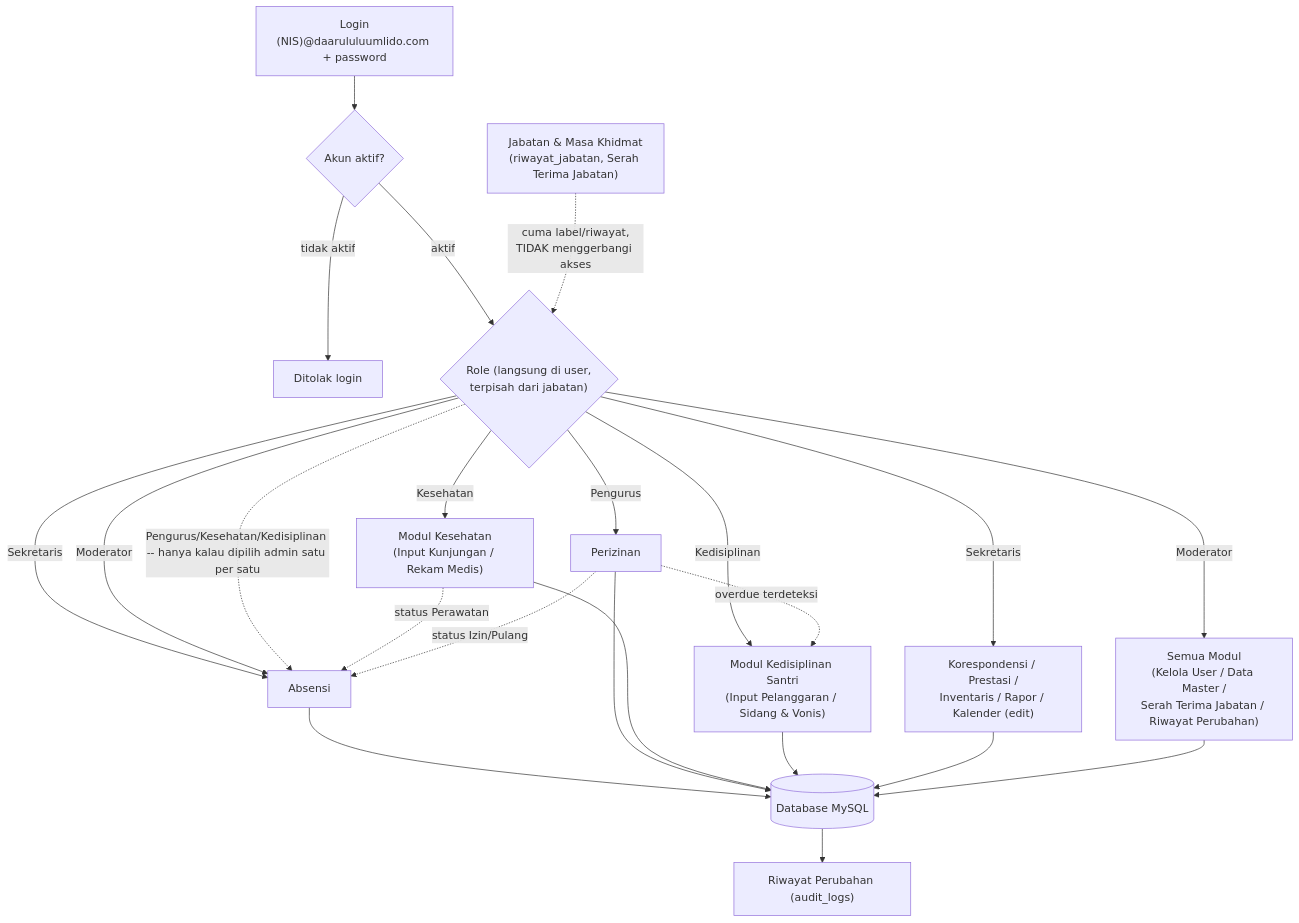
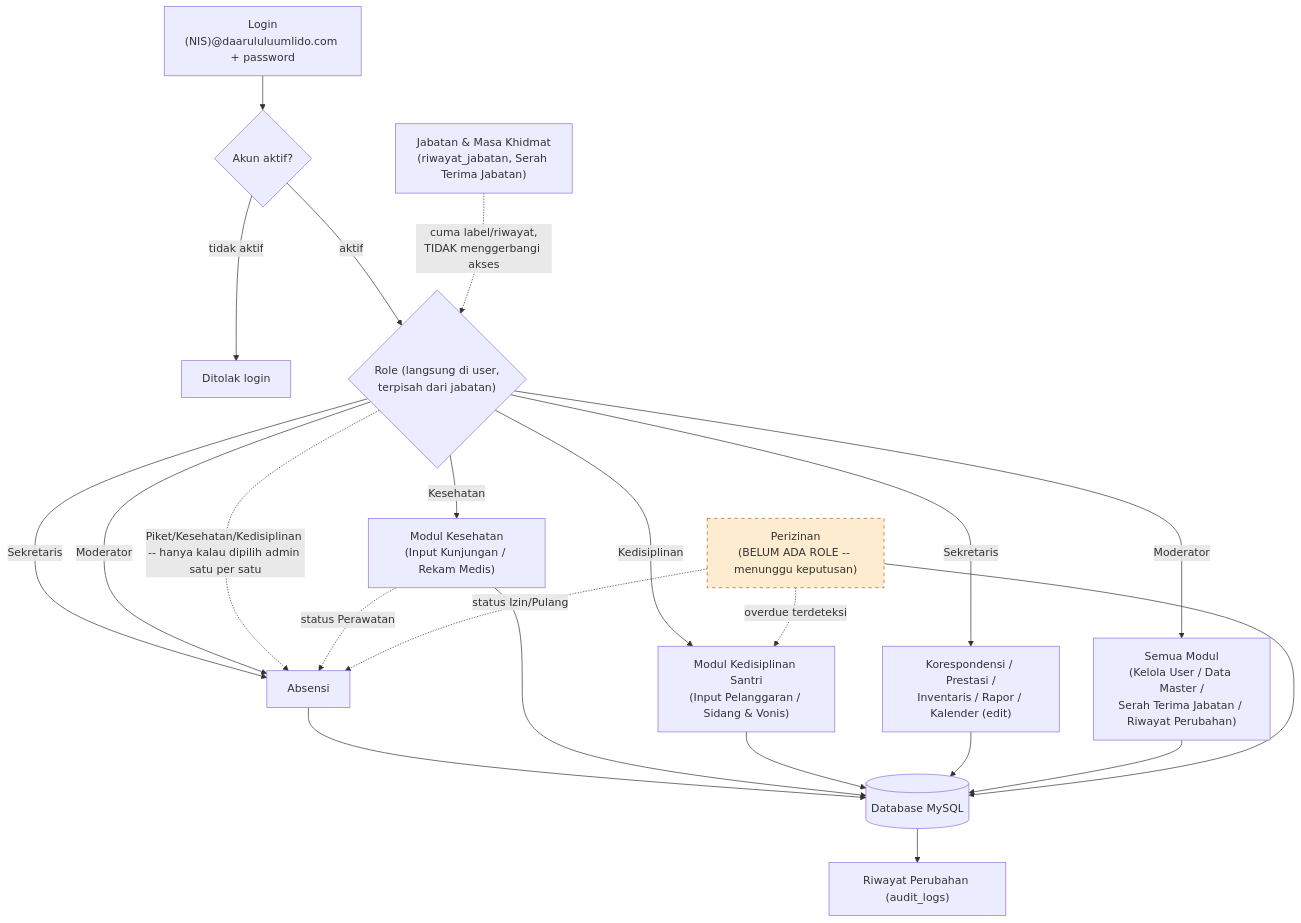
Before and after one commit to SiJao/ProjectJao: the diagram in README.md, drawn with Mermaid. The commit also changed other lines of this file, not shown here.

First line of the commit message:
README: ralat kedua -- Pengurus->Piket, Piket cuma Absensi, Perizinan menggantung

````diff
--- a/README.md
+++ b/README.md
@@ -18,30 +24,33 @@
 ```mermaid
 flowchart TD
     A["Login<br/>(NIS)@daarululuumlido.com + password"] --> B{"Akun aktif?"}
     B -- "tidak aktif" --> Z["Ditolak login"]
     B -- "aktif" --> C{"Role (langsung di user,<br/>terpisah dari jabatan)"}
 
-    C -- Pengurus --> D2["Perizinan"]
     C -- Kesehatan --> D3["Modul Kesehatan<br/>(Input Kunjungan / Rekam Medis)"]
     C -- Kedisiplinan --> D5["Modul Kedisiplinan Santri<br/>(Input Pelanggaran / Sidang & Vonis)"]
     C -- Sekretaris --> D7["Korespondensi / Prestasi /<br/>Inventaris / Rapor / Kalender (edit)"]
     C -- Moderator --> D8["Semua Modul<br/>(Kelola User / Data Master /<br/>Serah Terima Jabatan / Riwayat Perubahan)"]
 
     C -- Sekretaris --> D1["Absensi"]
     C -- Moderator --> D1
-    C -. "Pengurus/Kesehatan/Kedisiplinan -- hanya kalau dipilih admin satu per satu" .-> D1
+    C -. "Piket/Kesehatan/Kedisiplinan -- hanya kalau dipilih admin satu per satu" .-> D1
+
+    D9["Perizinan<br/>(BELUM ADA ROLE -- menunggu keputusan)"]
 
     D1 --> E[("Database MySQL")]
-    D2 --> E
     D3 --> E
     D5 --> E
     D7 --> E
     D8 --> E
+    D9 --> E
 
-    D2 -. "overdue terdeteksi" .-> D5
+    D9 -. "overdue terdeteksi" .-> D5
     D3 -. "status Perawatan" .-> D1
-    D2 -. "status Izin/Pulang" .-> D1
+    D9 -. "status Izin/Pulang" .-> D1
     E --> F["Riwayat Perubahan (audit_logs)"]
 
     J["Jabatan & Masa Khidmat<br/>(riwayat_jabatan, Serah Terima Jabatan)"] -. "cuma label/riwayat,<br/>TIDAK menggerbangi akses" .-> C
+
+    style D9 fill:#fdeccf,stroke:#a5680f,stroke-dasharray: 5 5
 ```
````
